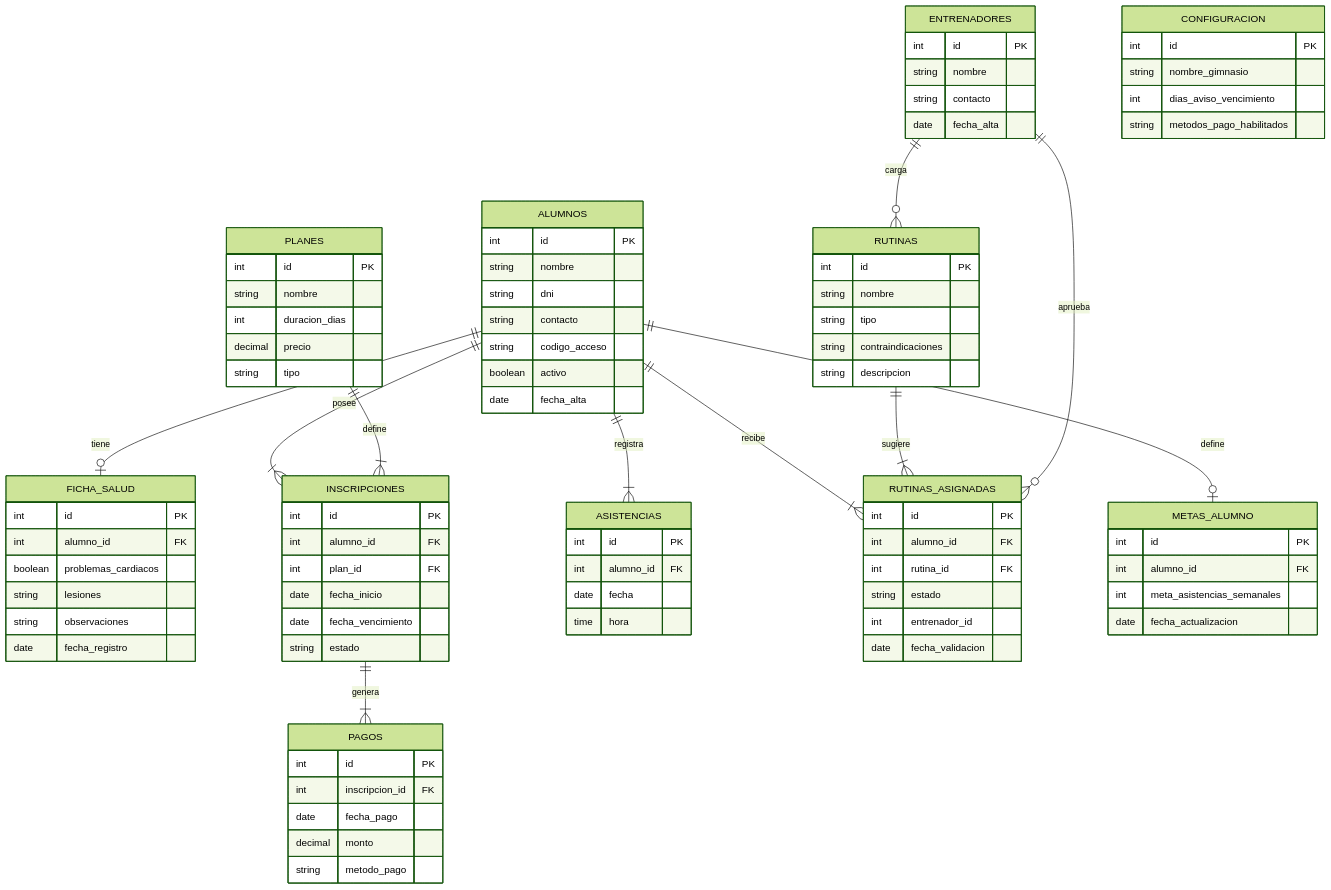
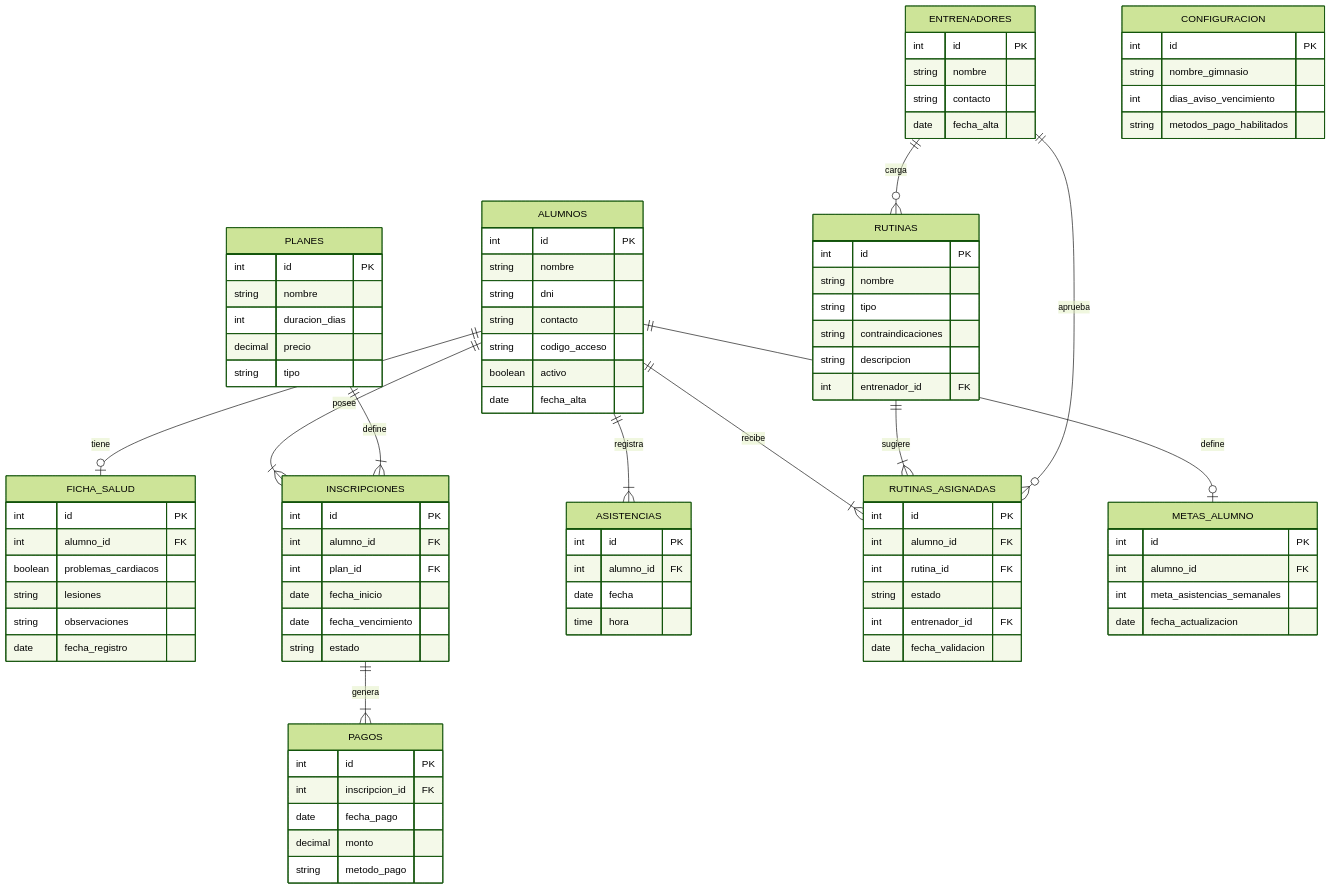
The diagram in docs/der.md (pao41/Trabajo-Final-Integrador), drawn with Mermaid (forest theme) before and after one commit.

Commit message:
actualizacion rutinas y rutinas_asignadas

````diff
--- a/docs/der.md
+++ b/docs/der.md
@@ -66,13 +66,14 @@
         string tipo
         string contraindicaciones
         string descripcion
+        int entrenador_id FK
     }
     RUTINAS_ASIGNADAS {
         int id PK
         int alumno_id FK
         int rutina_id FK
         string estado
-        int entrenador_id
+        int entrenador_id FK
         date fecha_validacion
     }
     CONFIGURACION {
@@ -82,16 +83,15 @@
         string metodos_pago_habilitados
     }
     ENTRENADORES {
-    int id PK
-    string nombre
-    string contacto
-    date fecha_alta
+        int id PK
+        string nombre
+        string contacto
+        date fecha_alta
     }
-
     METAS_ALUMNO {
-    int id PK
-    int alumno_id FK
-    int meta_asistencias_semanales
-    date fecha_actualizacion
+        int id PK
+        int alumno_id FK
+        int meta_asistencias_semanales
+        date fecha_actualizacion
     }
 ```
````
